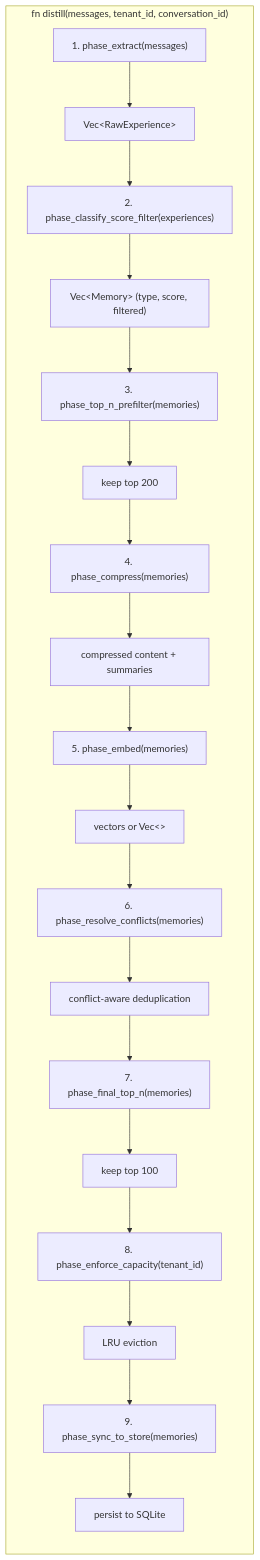
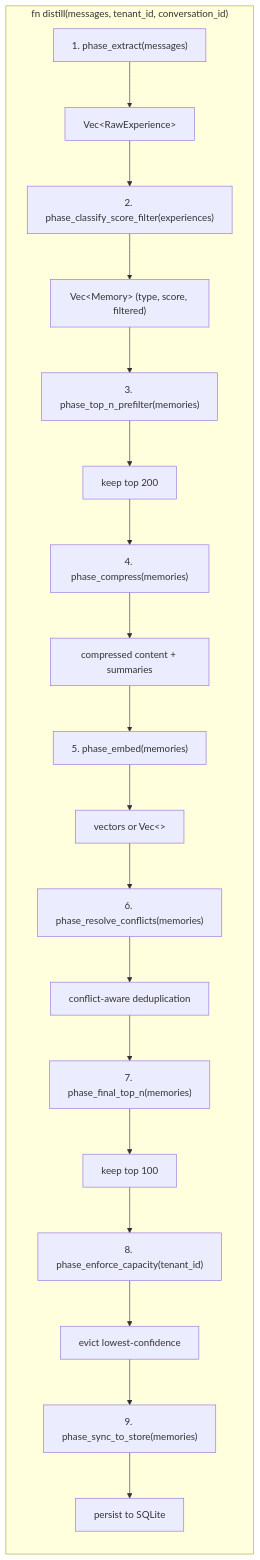
Before and after one commit to Timwood0x10/Mnemosyne: the fourth of 4 diagrams in docs/en/distillation-pipeline.md, drawn with Mermaid. The commit also changed other lines of this file and 27 other files, not shown here.

````diff
--- a/docs/en/distillation-pipeline.md
+++ b/docs/en/distillation-pipeline.md
@@ -258,28 +258,28 @@
 ```mermaid
 flowchart TB
     subgraph distill["fn distill(messages, tenant_id, conversation_id)"]
         direction TB
         P1["1. phase_extract(messages)"]
         R1["Vec&lt;RawExperience&gt;"]
         P2["2. phase_classify_score_filter(experiences)"]
         R2["Vec&lt;Memory&gt; (type, score, filtered)"]
         P3["3. phase_top_n_prefilter(memories)"]
         R3["keep top 200"]
         P4["4. phase_compress(memories)"]
         R4["compressed content + summaries"]
         P5["5. phase_embed(memories)"]
         R5["vectors or Vec&lt;&gt;"]
         P6["6. phase_resolve_conflicts(memories)"]
         R6["conflict-aware deduplication"]
         P7["7. phase_final_top_n(memories)"]
         R7["keep top 100"]
         P8["8. phase_enforce_capacity(tenant_id)"]
-        R8["LRU eviction"]
+        R8["evict lowest-confidence"]
         P9["9. phase_sync_to_store(memories)"]
         R9["persist to SQLite"]
 
         P1 --> R1 --> P2 --> R2 --> P3 --> R3 --> P4 --> R4
         R4 --> P5 --> R5 --> P6 --> R6 --> P7 --> R7
         R7 --> P8 --> R8 --> P9 --> R9
     end
 ```
````
